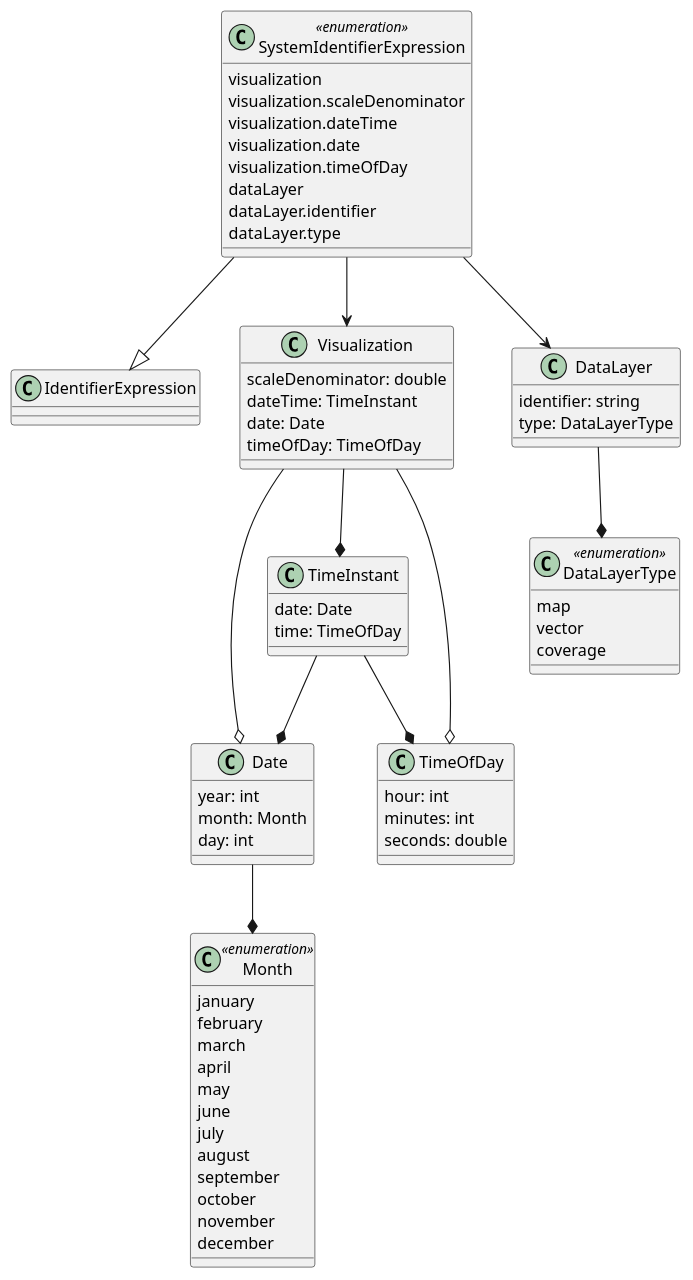
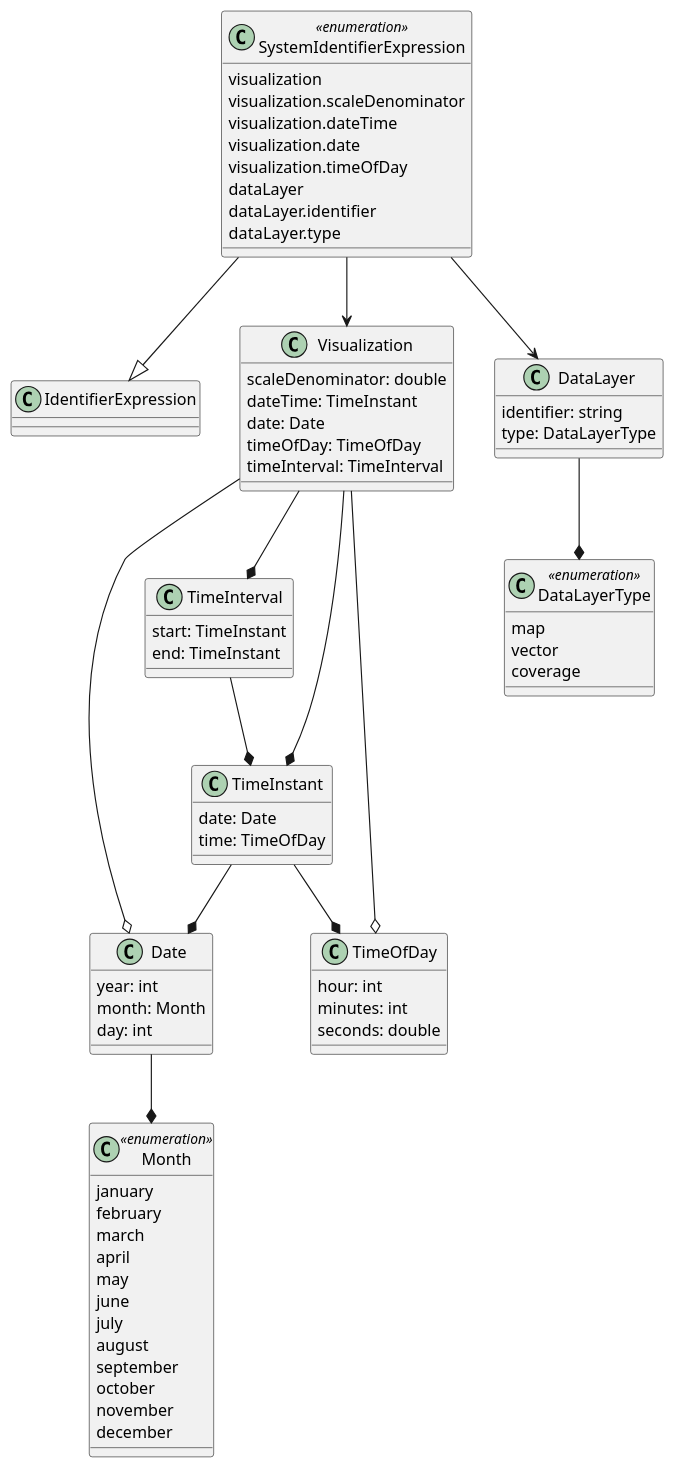
Before and after one commit to opengeospatial/styles-and-symbology: the third of 5 diagrams in core/sections/clause_7_core.adoc, drawn with PlantUML. The commit also changed other lines of this file and 5 other files, not shown here.

```diff
--- a/core/sections/clause_7_core.adoc
+++ b/core/sections/clause_7_core.adoc
@@ -190,64 +190,70 @@
 [plantuml, target=diagram-classes, format=png]
 ....
 class SystemIdentifierExpression <<enumeration>>
 SystemIdentifierExpression --|> IdentifierExpression
 SystemIdentifierExpression : visualization
 SystemIdentifierExpression : visualization.scaleDenominator
 SystemIdentifierExpression : visualization.dateTime
 SystemIdentifierExpression : visualization.date
 SystemIdentifierExpression : visualization.timeOfDay
 SystemIdentifierExpression : dataLayer
 SystemIdentifierExpression : dataLayer.identifier
 SystemIdentifierExpression : dataLayer.type
 SystemIdentifierExpression --> Visualization
 SystemIdentifierExpression --> DataLayer
 
 Visualization : scaleDenominator: double
 Visualization : dateTime: TimeInstant
 Visualization : date: Date
 Visualization : timeOfDay: TimeOfDay
+Visualization : timeInterval: TimeInterval
 Visualization --* TimeInstant
+Visualization --* TimeInterval
 Visualization --o Date
 Visualization --o TimeOfDay
 
 class DataLayer
 DataLayer : identifier: string
 DataLayer : type: DataLayerType
 DataLayer --* DataLayerType
 
 class DataLayerType <<enumeration>>
 DataLayerType : map
 DataLayerType : vector
 DataLayerType : coverage
 
 class TimeInstant
 TimeInstant : date: Date
 TimeInstant : time: TimeOfDay
 TimeInstant --* Date
 TimeInstant --* TimeOfDay
+
+TimeInterval : start: TimeInstant
+TimeInterval : end: TimeInstant
+TimeInterval --* TimeInstant
 
 class Date
 Date : year: int
 Date : month: Month
 Date : day: int
 Date --* Month
 
 class TimeOfDay
 TimeOfDay : hour: int
 TimeOfDay : minutes: int
 TimeOfDay : seconds: double
 
 class Month <<enumeration>>
 Month : january
 Month : february
 Month : march
 Month : april
 Month : may
 Month : june
 Month : july
 Month : august
 Month : september
 Month : october
 Month : november
 Month : december
 ....
```
